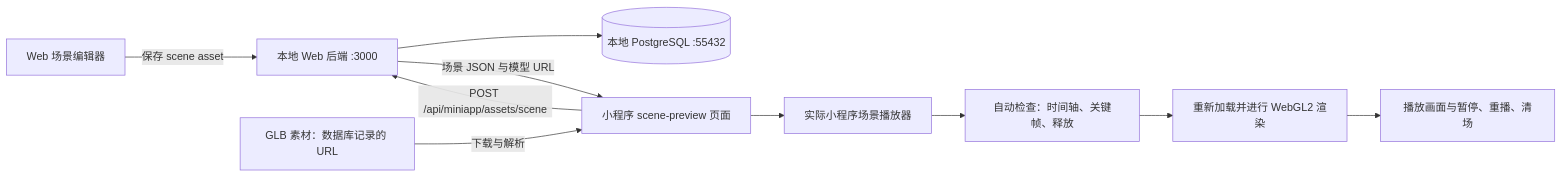
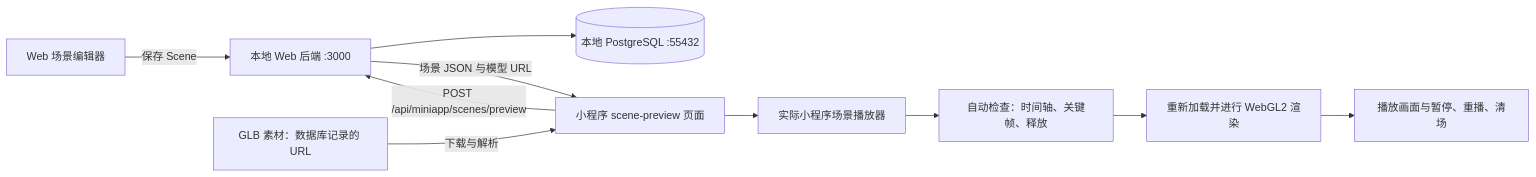
The diagram in docs/scene-auto-debug.md (WangZhewei1027/xr-frame-plant-trees), drawn with Mermaid before and after one commit. The commit also changed other lines of this file and 17 other files, not shown here.

Commit message:
feat: preview saved scenes in AR from WeChat QR codes

````diff
--- a/docs/scene-auto-debug.md
+++ b/docs/scene-auto-debug.md
@@ -9,12 +9,12 @@
 ```mermaid
 flowchart LR
-  Editor[Web 场景编辑器] -->|保存 scene asset| API[本地 Web 后端 :3000]
+  Editor[Web 场景编辑器] -->|保存 Scene| API[本地 Web 后端 :3000]
   API --> DB[(本地 PostgreSQL :55432)]
-  Page[小程序 scene-preview 页面] -->|POST /api/miniapp/assets/scene| API
+  Page[小程序 scene-preview 页面] -->|POST /api/miniapp/scenes/preview| API
   API -->|场景 JSON 与模型 URL| Page
   Models[GLB 素材：数据库记录的 URL] -->|下载与解析| Page
   Page --> Player[实际小程序场景播放器]
   Player --> Checks[自动检查：时间轴、关键帧、释放]
   Checks --> Render[重新加载并进行 WebGL2 渲染]
   Render --> Controls[播放画面与暂停、重播、清场]
 ```
````
